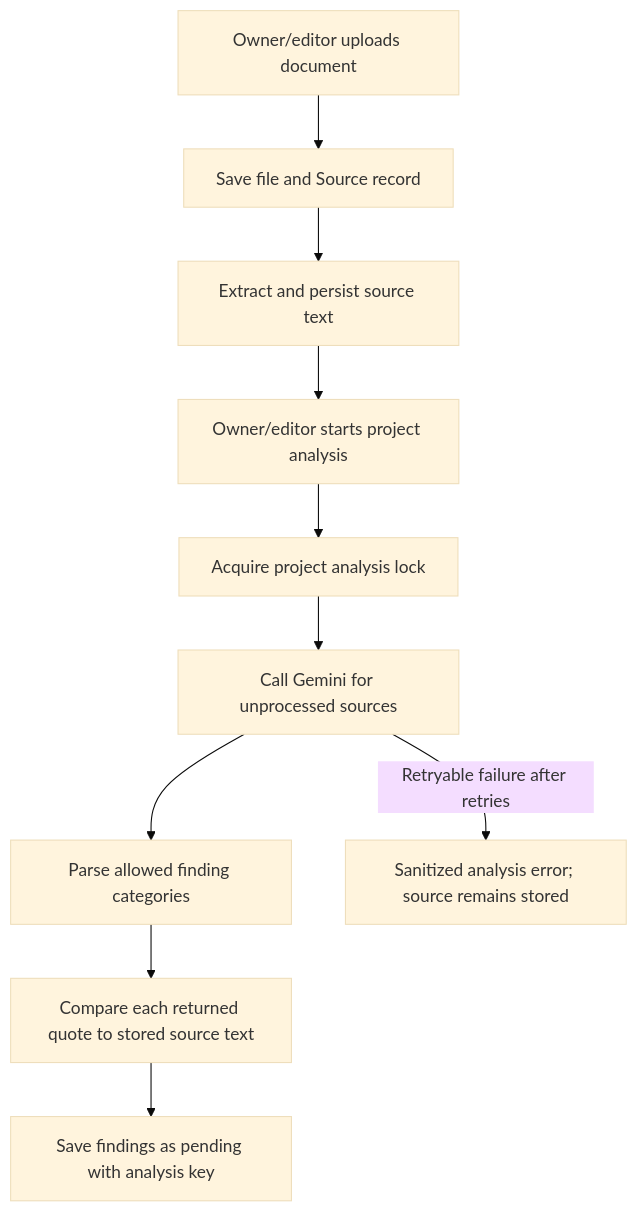
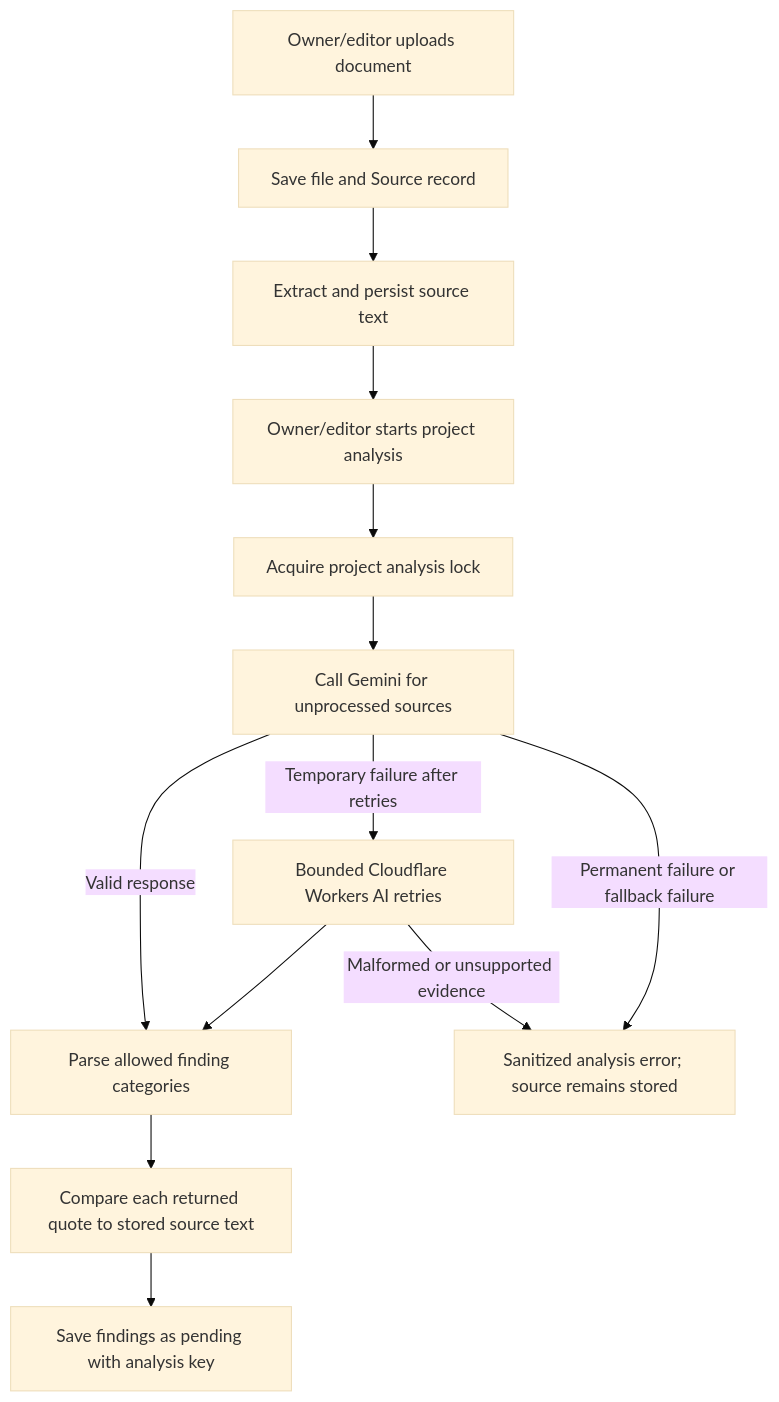
Before and after one commit to cooodddeee-hub/RELAY: the second of 4 diagrams in docs/ARCHITECTURE.md, drawn with Mermaid (base theme). The commit also changed other lines of this file and 34 other files, not shown here.

````diff
--- a/docs/ARCHITECTURE.md
+++ b/docs/ARCHITECTURE.md
@@ -84,12 +84,15 @@
 ```mermaid
 flowchart TD
     Upload[Owner/editor uploads document] --> Store[Save file and Source record]
     Store --> Extract[Extract and persist source text]
     Extract --> Request[Owner/editor starts project analysis]
     Request --> Lock[Acquire project analysis lock]
     Lock --> Gemini[Call Gemini for unprocessed sources]
-    Gemini --> Parse[Parse allowed finding categories]
+    Gemini -->|Valid response| Parse[Parse allowed finding categories]
+    Gemini -->|Temporary failure after retries| Cloudflare[Bounded Cloudflare Workers AI retries]
+    Cloudflare --> Parse
+    Cloudflare -->|Malformed or unsupported evidence| Error[Sanitized analysis error; source remains stored]
     Parse --> Verify[Compare each returned quote to stored source text]
     Verify --> Save[Save findings as pending with analysis key]
-    Gemini -->|Retryable failure after retries| Error[Sanitized analysis error; source remains stored]
+    Gemini -->|Permanent failure or fallback failure| Error
 ```
````
